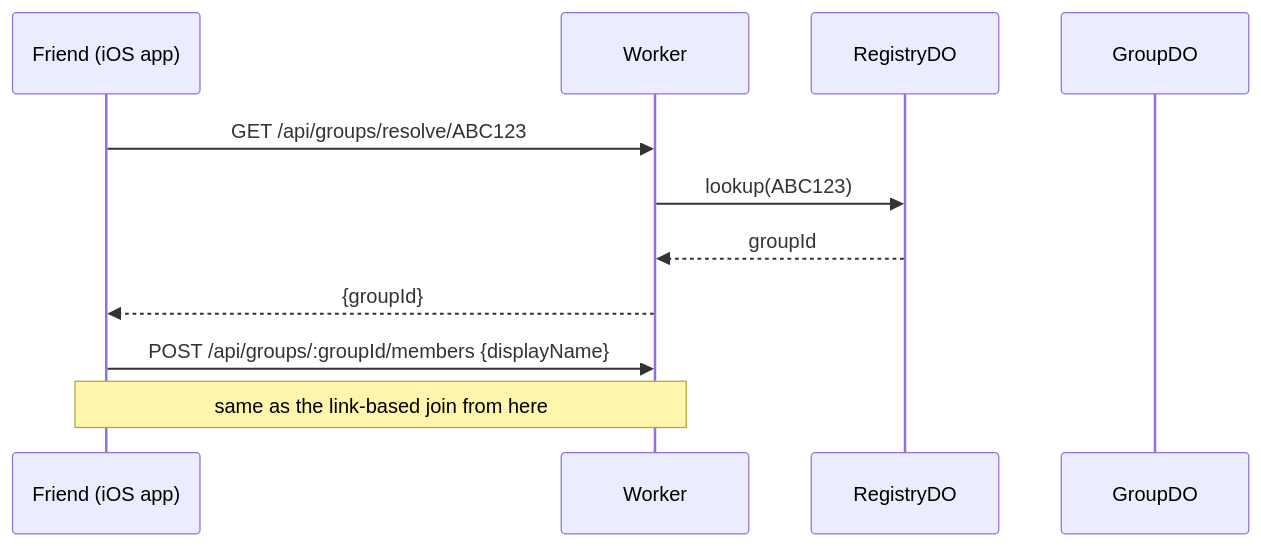
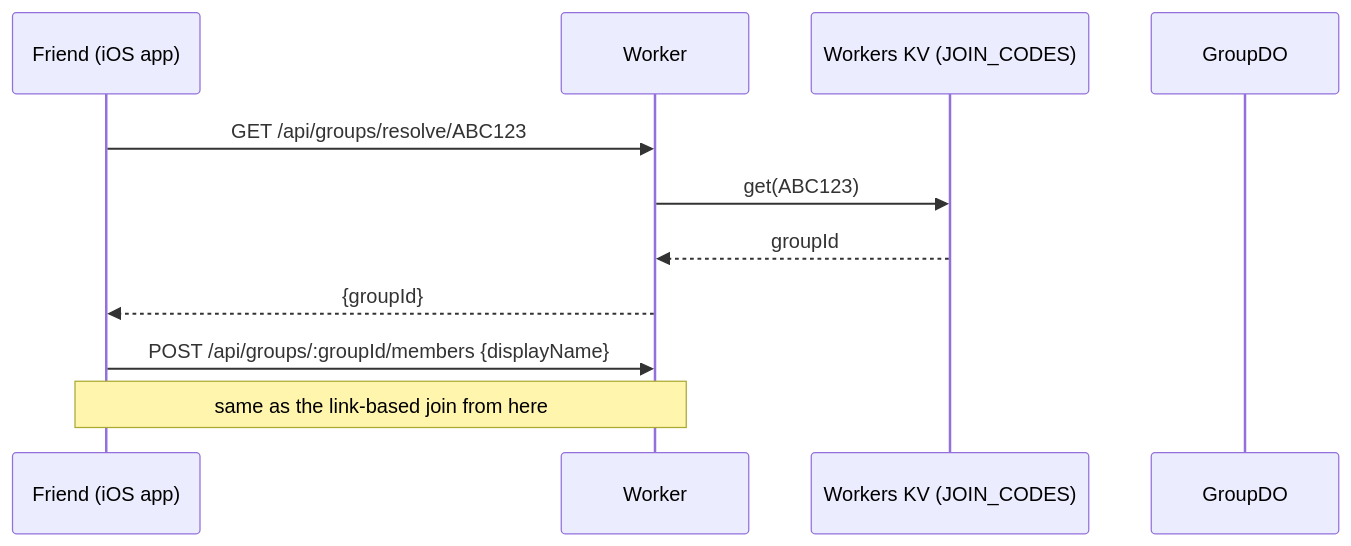
The second of 3 diagrams in DESIGN.md (nakka-labs/clantab-ios), drawn with Mermaid before and after one commit. The commit also changed other lines of this file and 16 other files, not shown here.

````diff
--- a/DESIGN.md
+++ b/DESIGN.md
@@ -234,14 +244,14 @@
 ```mermaid
 sequenceDiagram
     participant B as Friend (iOS app)
     participant W as Worker
-    participant R as RegistryDO
+    participant K as Workers KV (JOIN_CODES)
     participant G as GroupDO
 
     B->>W: GET /api/groups/resolve/ABC123
-    W->>R: lookup(ABC123)
-    R-->>W: groupId
+    W->>K: get(ABC123)
+    K-->>W: groupId
     W-->>B: {groupId}
     B->>W: POST /api/groups/:groupId/members {displayName}
     Note over B,W: same as the link-based join from here
 ```
````
